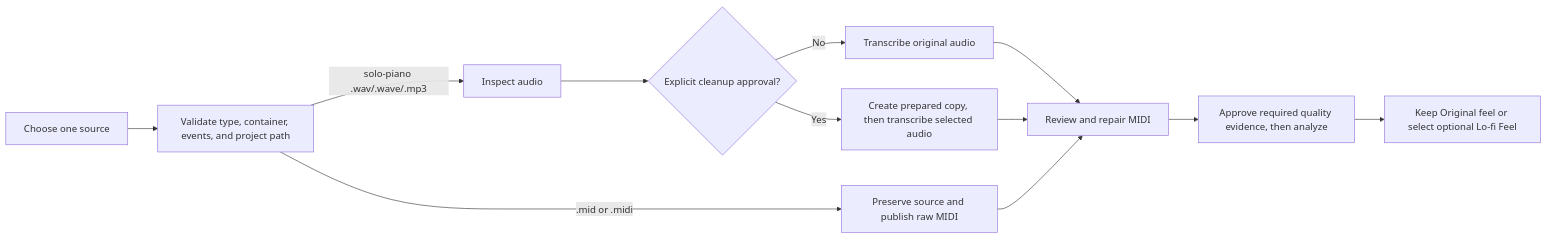
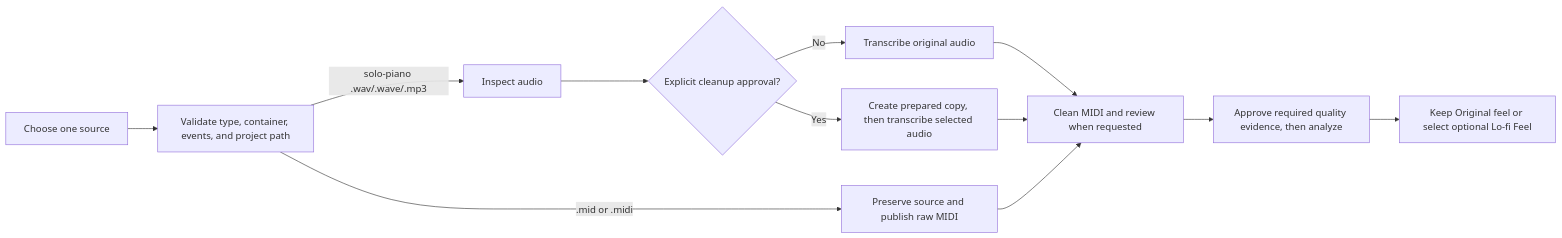
One commit to nanaki-93/melotrail changed the diagram in docs/MIDI_IMPORT_PROCESS.md. Above: the diagram before and after it, drawn with Mermaid. The commit also changed other lines of this file and 40 other files, not shown here.

````diff
--- a/docs/MIDI_IMPORT_PROCESS.md
+++ b/docs/MIDI_IMPORT_PROCESS.md
@@ -8,14 +8,14 @@
 ```mermaid
 flowchart LR
     S[Choose one source] --> V[Validate type, container, events, and project path]
     V -->|.mid or .midi| D[Preserve source and publish raw MIDI]
     V -->|solo-piano .wav/.wave/.mp3| I[Inspect audio]
     I --> C{Explicit cleanup approval?}
     C -->|No| T[Transcribe original audio]
     C -->|Yes| P[Create prepared copy, then transcribe selected audio]
-    T --> R[Review and repair MIDI]
+    T --> R[Clean MIDI and review when requested]
     P --> R
     D --> R
     R --> A[Approve required quality evidence, then analyze]
     A --> F[Keep Original feel or select optional Lo-fi Feel]
 ```
````
